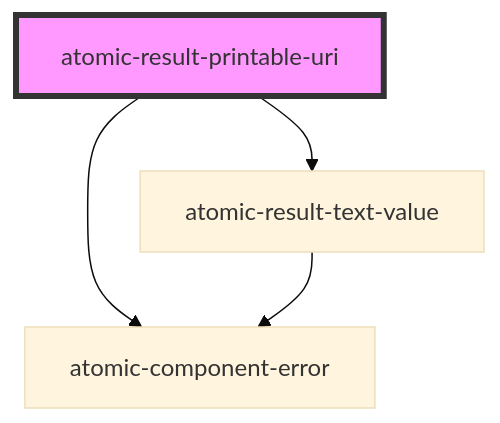
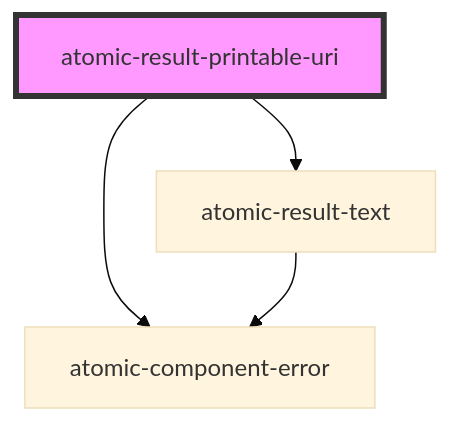
The diagram in packages/atomic/src/components/result-template-components/atomic-result-printable-uri/readme.md (coveo/ui-kit), drawn with Mermaid (base theme) before and after one commit. The commit also changed other lines of this file and 18 other files, not shown here.

````diff
--- a/packages/atomic/src/components/result-template-components/atomic-result-printable-uri/readme.md
+++ b/packages/atomic/src/components/result-template-components/atomic-result-printable-uri/readme.md
@@ -34,7 +34,7 @@
 ```mermaid
 graph TD;
-  atomic-result-printable-uri --> atomic-result-text-value
+  atomic-result-printable-uri --> atomic-result-text
   atomic-result-printable-uri --> atomic-component-error
-  atomic-result-text-value --> atomic-component-error
+  atomic-result-text --> atomic-component-error
   style atomic-result-printable-uri fill:#f9f,stroke:#333,stroke-width:4px
 ```
````
